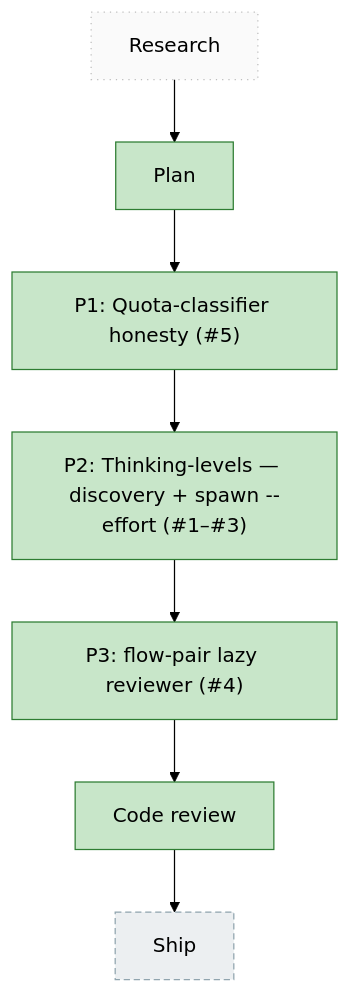
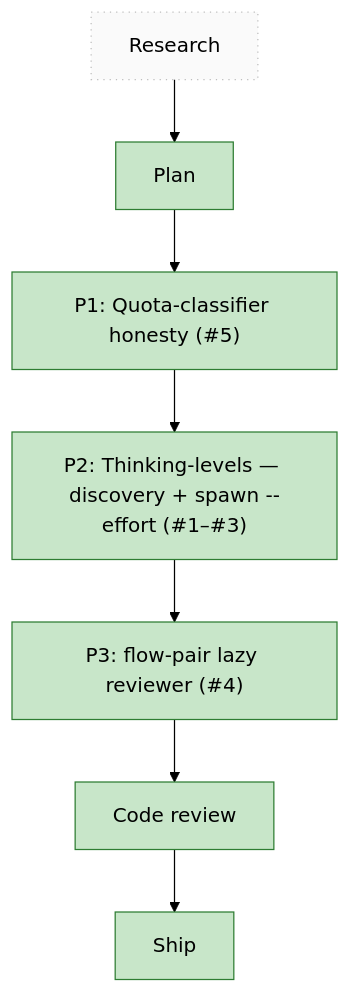
One commit to vaughanknight/pij changed the diagram in docs/plans/025-pij-effort-discovery-quota-fix/the-flow.md. Above: the diagram before and after it, drawn with Mermaid (forest theme). The commit also changed other lines of this file and 6 other files, not shown here.

Commit message:
chore: bookkeeping sweep — fs2 graph pointer, package re-vet stamps, flow-plan status catch-ups, vetter retro, 017 review diff record

````diff
--- a/docs/plans/025-pij-effort-discovery-quota-fix/the-flow.md
+++ b/docs/plans/025-pij-effort-discovery-quota-fix/the-flow.md
@@ -8,31 +8,31 @@
 ```mermaid
 flowchart TD
     research["Research"]:::unknown
     plan["Plan"]:::done
     phase_1["P1: Quota-classifier honesty (#35;5)"]:::done
-    ship["Ship"]:::assumed
+    ship["Ship"]:::done
     phase_2["P2: Thinking-levels — discovery + spawn --effort (#35;1–#35;3)"]:::done
     phase_3["P3: flow-pair lazy reviewer (#35;4)"]:::done
     review["Code review"]:::done
 
     research --> plan
     plan --> phase_1
     phase_1 --> phase_2
     phase_2 --> phase_3
     phase_3 --> review
     review --> ship
 
     classDef done fill:#C8E6C9,stroke:#2E7D32;
     classDef wip fill:#FFE0B2,stroke:#EF6C00;
     classDef blocked fill:#FFCDD2,stroke:#C62828;
     classDef known fill:#BBDEFB,stroke:#1565C0;
     classDef assumed fill:#ECEFF1,stroke:#90A4AE,stroke-dasharray:5 3;
     classDef said fill:#FFF9C4,stroke:#F9A825;
     classDef harness fill:#EDE7F6,stroke:#673AB7;
     classDef decision fill:#FFF3E0,stroke:#FB8C00,stroke-dasharray:2 2;
     classDef companion fill:#D1C4E9,stroke:#5E35B1;
     classDef worker fill:#B2DFDB,stroke:#00897B;
     classDef unknown fill:#FAFAFA,stroke:#BDBDBD,stroke-dasharray:1 4;
     classDef impOptional stroke-dasharray:2 3;
     classDef impStrong stroke-width:3px;
 ```
````
